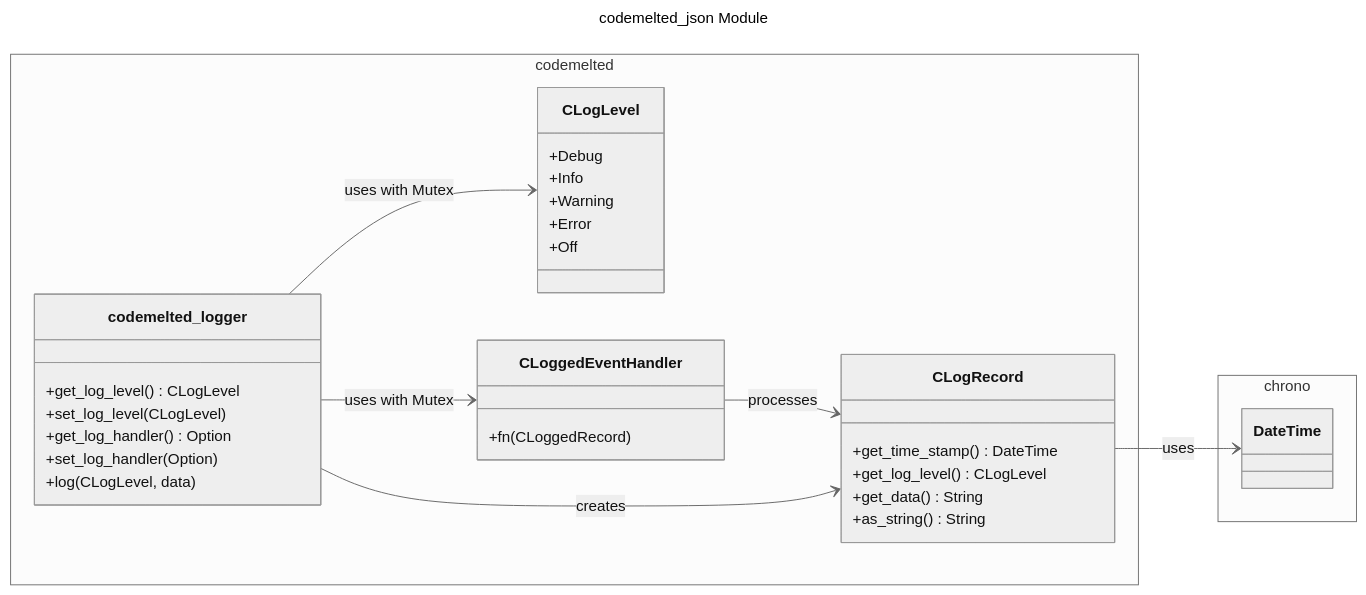
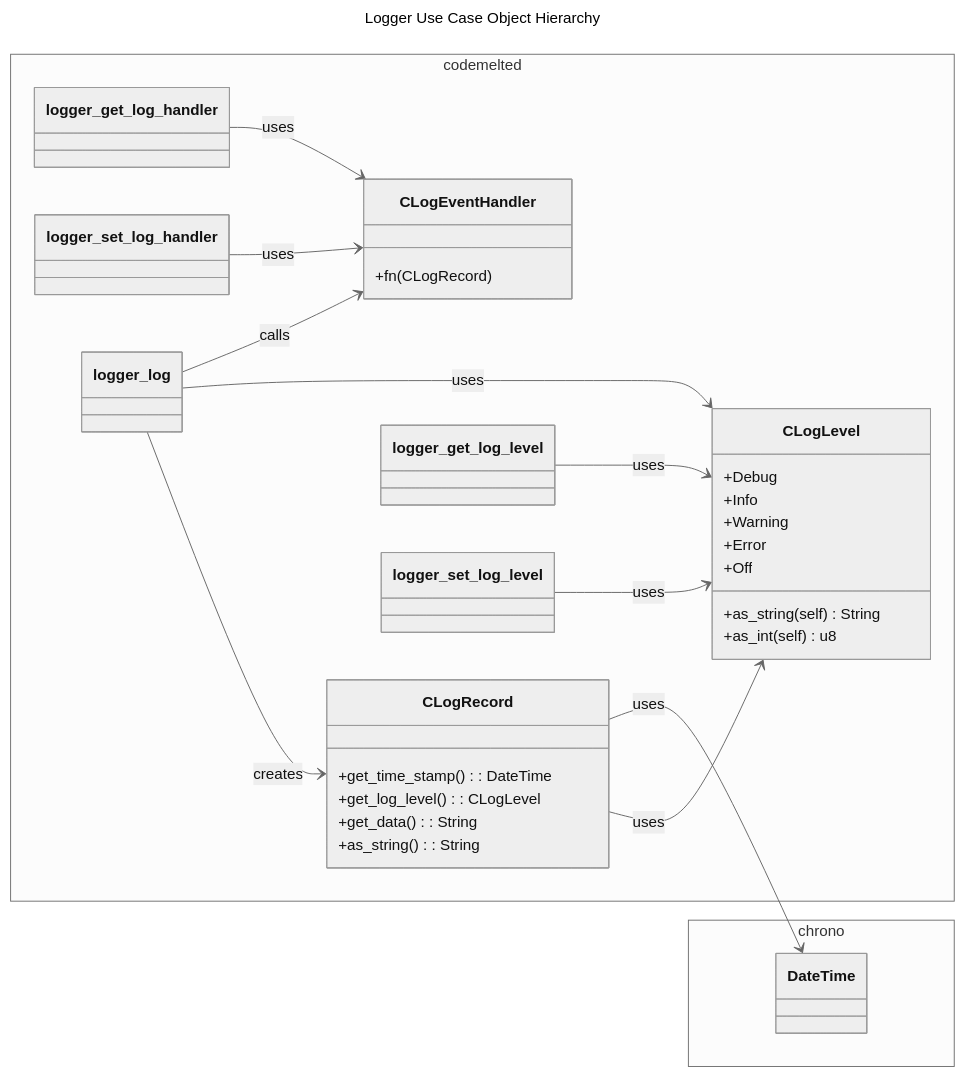
Before and after one commit to CodeMelted/codemelted_developer: the diagram in codemelted_rust/models/codemelted_logger.mmd, drawn with Mermaid (neutral theme). The commit also changed 46 other files, not shown here.

```diff
--- a/codemelted_rust/models/codemelted_logger.mmd
+++ b/codemelted_rust/models/codemelted_logger.mmd
@@ -1,43 +1,42 @@
 ---
-title: codemelted_json Module
+title: Logger Use Case Object Hierarchy
 ---
 classDiagram
   direction LR
-  namespace chrono {
-    class DateTime {
-
-    }
-  }
   namespace codemelted {
     class CLogLevel {
       +Debug
       +Info
       +Warning
       +Error
       +Off
+      +as_string(self) String
+      +as_int(self) u8
     }
-
     class CLogRecord {
-      +get_time_stamp() DateTime
-      +get_log_level() CLogLevel
-      +get_data() String
-      +as_string() String
+      +get_time_stamp(): DateTime
+      +get_log_level(): CLogLevel
+      +get_data(): String
+      +as_string(): String
     }
-
-    class CLoggedEventHandler {
-      +fn(CLoggedRecord)
+    class CLogEventHandler {
+      +fn(CLogRecord)
     }
-
-    class codemelted_logger {
-      +get_log_level() CLogLevel
-      +set_log_level(CLogLevel)
-      +get_log_handler() Option
-      +set_log_handler(Option)
-      +log(CLogLevel, data)
-    }
+    class logger_get_log_level
+    class logger_set_log_level
+    class logger_get_log_handler
+    class logger_set_log_handler
+    class logger_log
   }
-  CLogRecord --> DateTime : uses
-  CLoggedEventHandler --> CLogRecord : processes
-  codemelted_logger --> CLogLevel : uses with Mutex
-  codemelted_logger --> CLoggedEventHandler : uses with Mutex
-  codemelted_logger --> CLogRecord : creates
+  namespace chrono {
+    class DateTime
+  }
+  CLogRecord --> CLogLevel: uses
+  CLogRecord --> DateTime: uses
+  logger_get_log_level --> CLogLevel: uses
+  logger_set_log_level --> CLogLevel: uses
+  logger_get_log_handler --> CLogEventHandler: uses
+  logger_set_log_handler --> CLogEventHandler: uses
+  logger_log --> CLogRecord: creates
+  logger_log --> CLogLevel: uses
+  logger_log --> CLogEventHandler: calls
```
